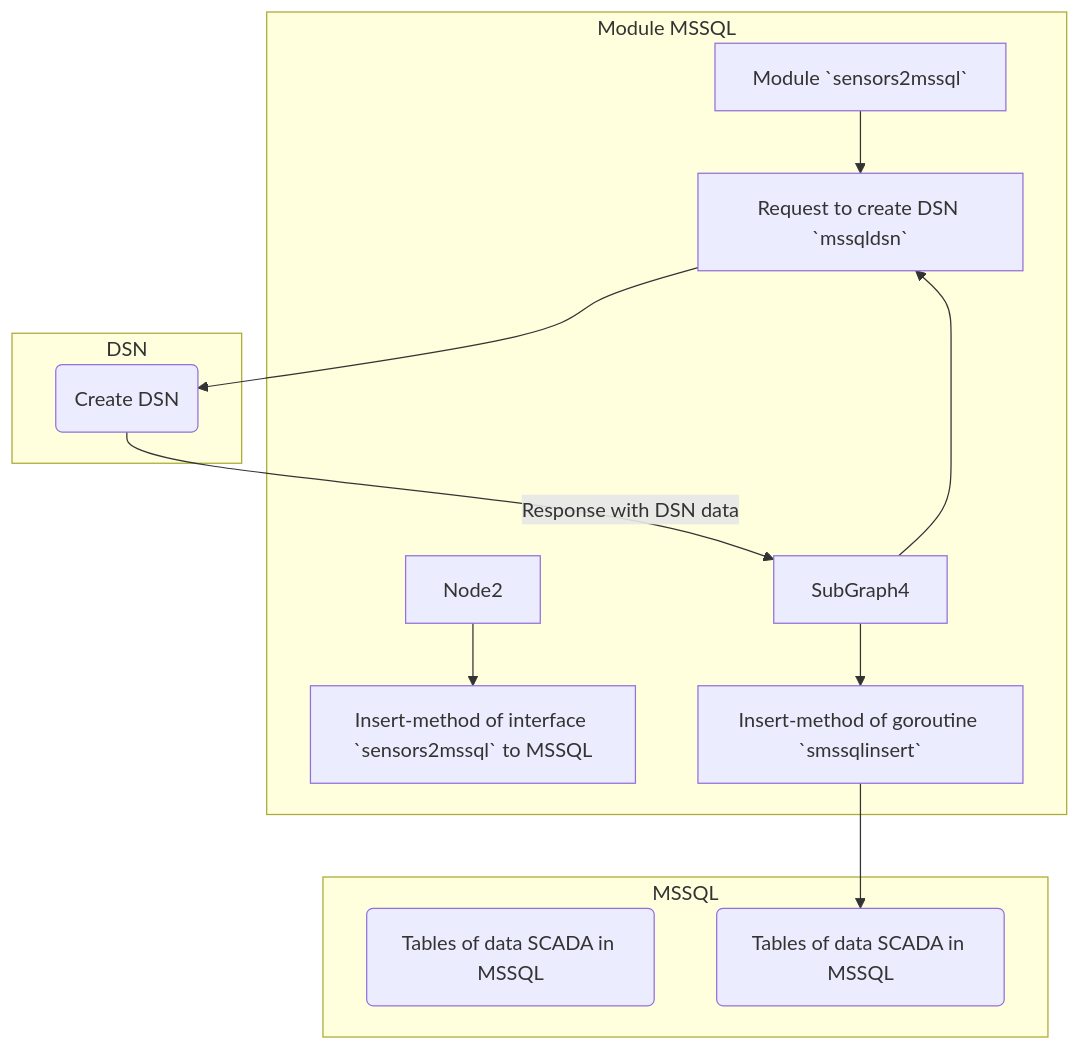
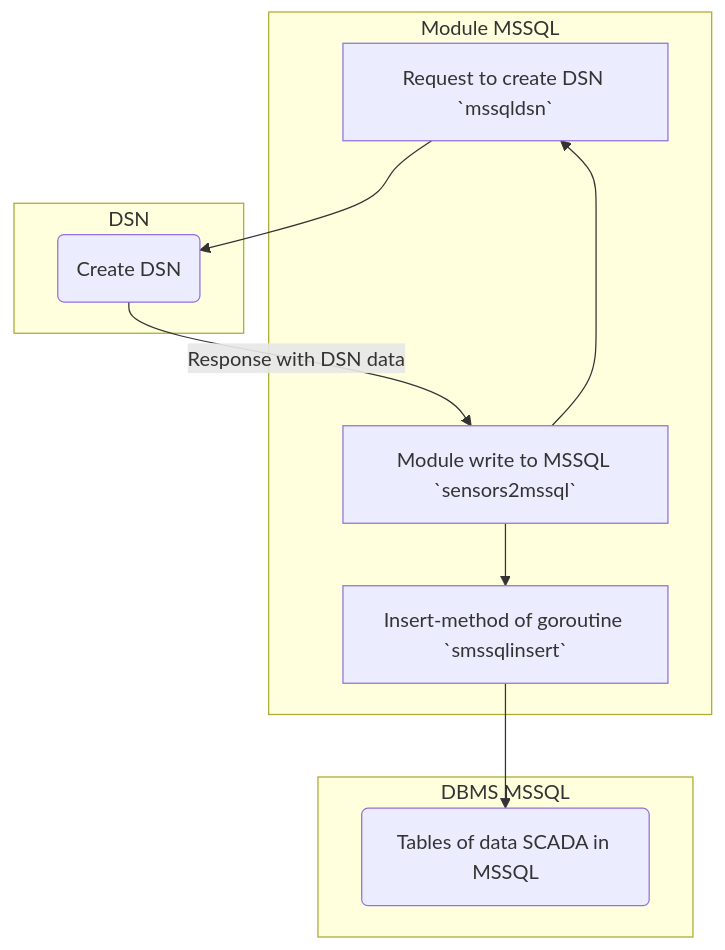
One commit to blablatov/scada4sensors2mssql changed the diagram in README.md. Above: the diagram before and after it, drawn with Mermaid. The commit also changed other lines of this file, not shown here.

Commit message:
Generates DSN do write data to the MSSQL table to one transaction

````diff
--- a/README.md
+++ b/README.md
@@ -14,26 +11,19 @@
 ```mermaid
 graph TB
 
   SubGraph1 --> SubGraph1Flow
   subgraph "DSN"
   SubGraph1Flow(Create DSN)
   end
   
-  SubGraph2
-  subgraph "MSSQL"
+  SubGraph3 --> SubGraph2Flow
+  subgraph "DBMS MSSQL"
   SubGraph2Flow(Tables of data SCADA in MSSQL)
-  end
-  
-  SubGraph5 --> SubGraph4Flow
-  subgraph "MSSQL"
-  SubGraph4Flow(Tables of data SCADA in MSSQL)
   end
 
   subgraph "Module MSSQL"
-  Node1[Module `sensors2mssql`] --> SubGraph1[Request to create DSN `mssqldsn`]
-  SubGraph1Flow -- Response with DSN data --> SubGraph4 
-  Node2 --> SubGraph2[Insert-method of interface `sensors2mssql` to MSSQL]
-  SubGraph4 --> SubGraph1[Request to create DSN `mssqldsn`]
-  SubGraph4 --> SubGraph5[Insert-method of goroutine `smssqlinsert`]
+  Node1[Module write to MSSQL `sensors2mssql`] --> SubGraph1[Request to create DSN `mssqldsn`]
+  SubGraph1Flow -- Response with DSN data --> Node1 
+  Node1 --> SubGraph3[Insert-method of goroutine `smssqlinsert`]
 end
 ```			
````
